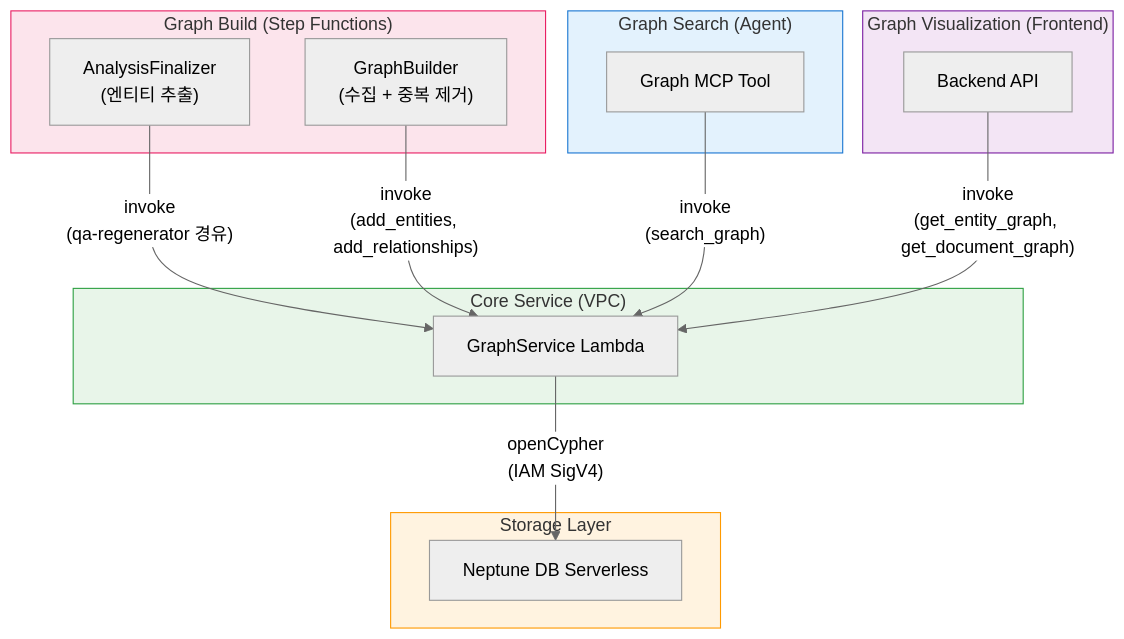
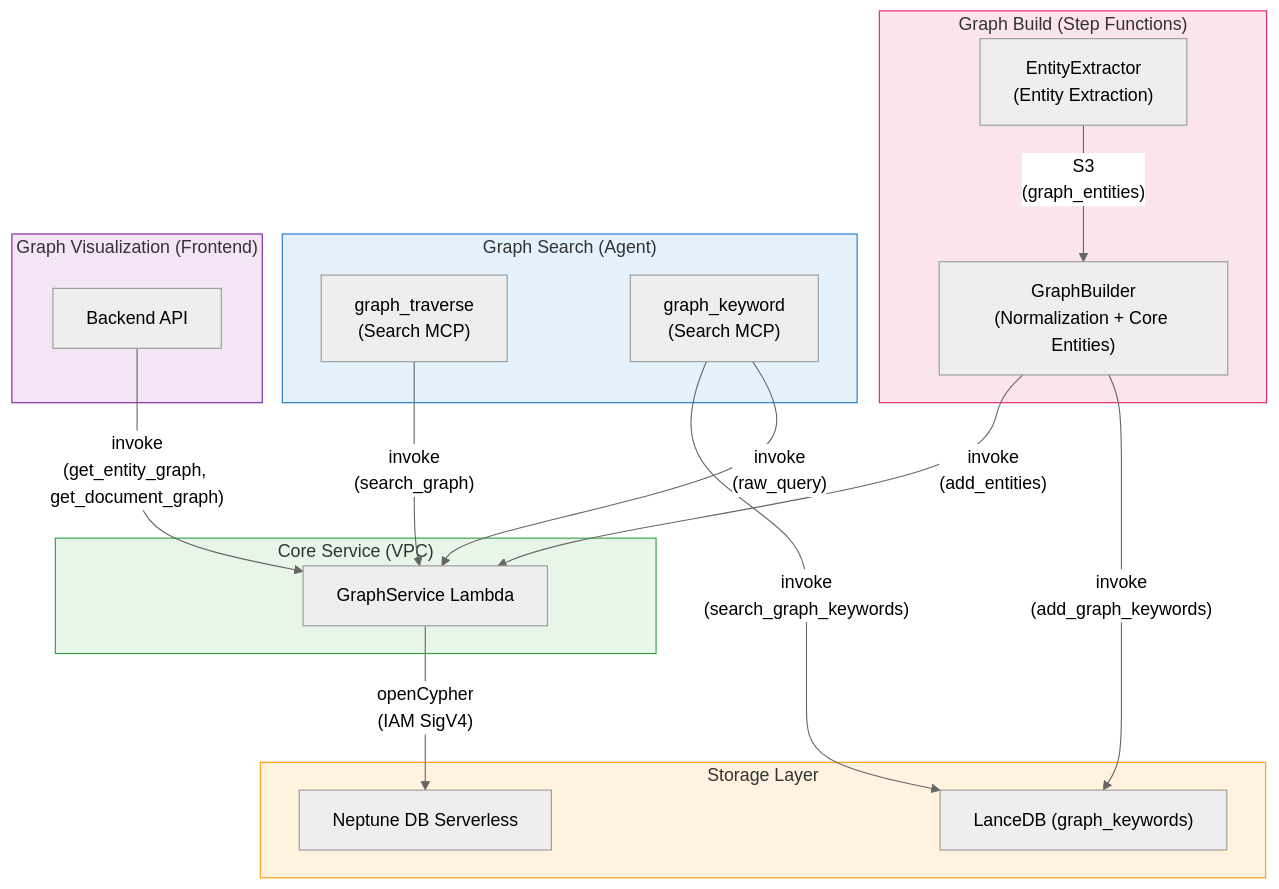
The diagram in docs/src/content/docs/ko/graphdb.md (rajaelime/sample-aws-idp-pipeline), drawn with Mermaid (neutral theme) before and after one commit. The commit also changed other lines of this file and 22 other files, not shown here.

Commit message:
Update docs for graph refactoring

````diff
--- a/docs/src/content/docs/ko/graphdb.md
+++ b/docs/src/content/docs/ko/graphdb.md
@@ -310,36 +372,41 @@
 ```mermaid
 graph TB
     subgraph Build["Graph Build (Step Functions)"]
-        AF["AnalysisFinalizer<br/>(엔티티 추출)"]
-        GB["GraphBuilder<br/>(수집 + 중복 제거)"]
+        EE["EntityExtractor<br/>(Entity Extraction)"]
+        GB["GraphBuilder<br/>(Normalization + Core Entities)"]
     end
 
     subgraph Search["Graph Search (Agent)"]
-        GMCP["Graph MCP Tool"]
+        GT["graph_traverse<br/>(Search MCP)"]
+        GK["graph_keyword<br/>(Search MCP)"]
     end
 
     subgraph Viz["Graph Visualization (Frontend)"]
         BE["Backend API"]
     end
 
     subgraph Core["Core Service (VPC)"]
         GS["GraphService Lambda"]
     end
 
     subgraph Storage["Storage Layer"]
         Neptune["Neptune DB Serverless"]
+        LanceDB["LanceDB (graph_keywords)"]
     end
 
-    AF -->|"invoke<br/>(qa-regenerator 경유)"| GS
-    GB -->|"invoke<br/>(add_entities, add_relationships)"| GS
-    GMCP -->|"invoke<br/>(search_graph)"| GS
+    EE -->|"S3<br/>(graph_entities)"| GB
+    GB -->|"invoke<br/>(add_entities)"| GS
+    GB -->|"invoke<br/>(add_graph_keywords)"| LanceDB
+    GT -->|"invoke<br/>(search_graph)"| GS
+    GK -->|"invoke<br/>(search_graph_keywords)"| LanceDB
+    GK -->|"invoke<br/>(raw_query)"| GS
     BE -->|"invoke<br/>(get_entity_graph, get_document_graph)"| GS
 
     GS -->|"openCypher<br/>(IAM SigV4)"| Neptune
 
     style Storage fill:#fff3e0,stroke:#ff9900
     style Core fill:#e8f5e9,stroke:#2ea043
     style Build fill:#fce4ec,stroke:#e91e63
     style Search fill:#e3f2fd,stroke:#1976d2
     style Viz fill:#f3e5f5,stroke:#7b1fa2
 ```
````
